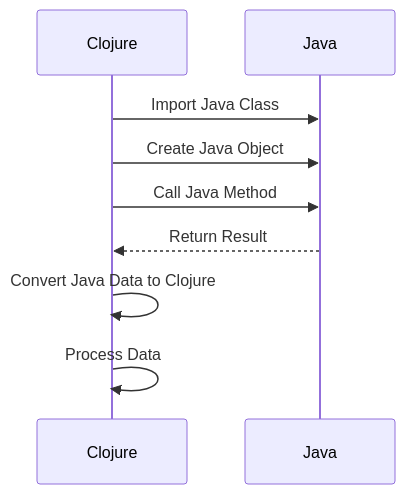
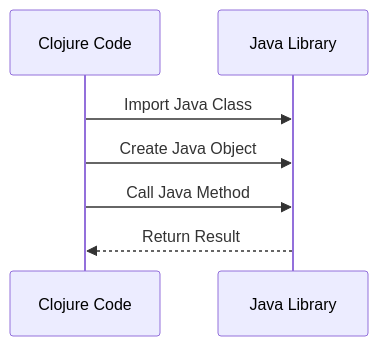
The diagram in content/3/12/1/index.md (MasteryEducation/ClojureForJava.com), drawn with Mermaid before and after one commit. The commit also changed other lines of this file and 74 other files, not shown here.

````diff
--- a/content/3/12/1/index.md
+++ b/content/3/12/1/index.md
@@ -217,12 +184,9 @@
 ```mermaid
 sequenceDiagram
-    participant C as Clojure
-    participant J as Java
-
-    C->>J: Import Java Class
-    C->>J: Create Java Object
-    C->>J: Call Java Method
-    J-->>C: Return Result
-    C->>C: Convert Java Data to Clojure
-    C->>C: Process Data
+    participant Clojure as Clojure Code
+    participant Java as Java Library
+    Clojure->>Java: Import Java Class
+    Clojure->>Java: Create Java Object
+    Clojure->>Java: Call Java Method
+    Java-->>Clojure: Return Result
 ```
````
